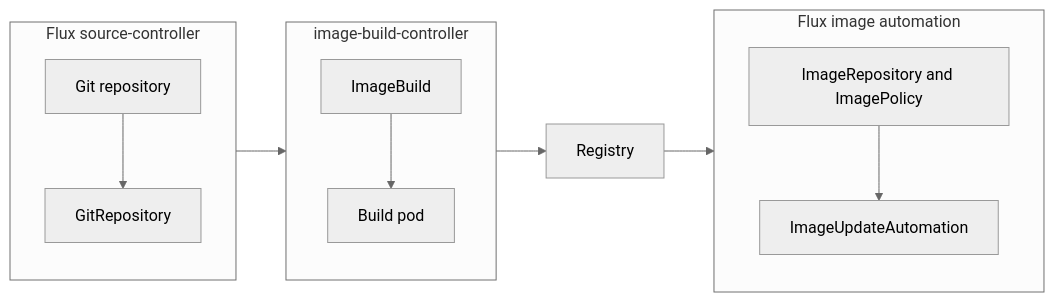
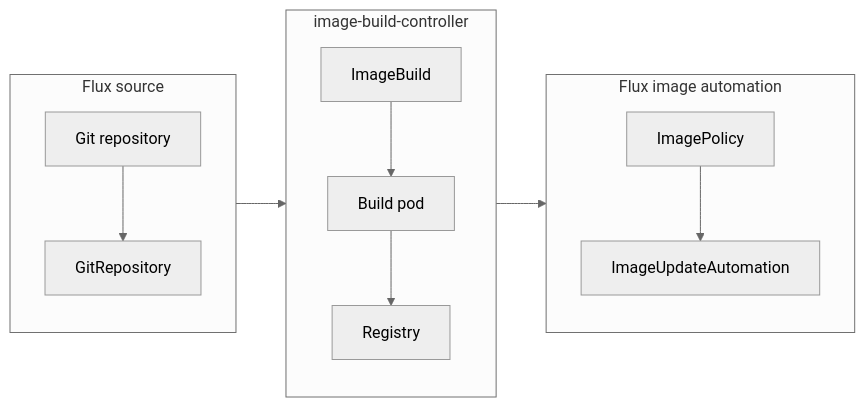
One commit to leightweight/image-build-controller changed the diagram in README.md. Above: the diagram before and after it, drawn with Mermaid (neutral theme).

Commit message:
docs: narrow the README diagram to three columns

````diff
--- a/README.md
+++ b/README.md
@@ -10,16 +10,16 @@
 ```mermaid
 flowchart LR
-    subgraph source[Flux source-controller]
+    subgraph source[Flux source]
         direction TB
         git[Git repository] --> gitrepo[GitRepository]
     end
     subgraph build[image-build-controller]
         direction TB
-        imagebuild[ImageBuild] --> pod[Build pod]
+        imagebuild[ImageBuild] --> pod[Build pod] --> registry[Registry]
     end
     subgraph deploy[Flux image automation]
         direction TB
-        policy[ImageRepository and ImagePolicy] --> automation[ImageUpdateAutomation]
+        policy[ImagePolicy] --> automation[ImageUpdateAutomation]
     end
-    source --> build --> registry[Registry] --> deploy
+    source --> build --> deploy
 ```
````
